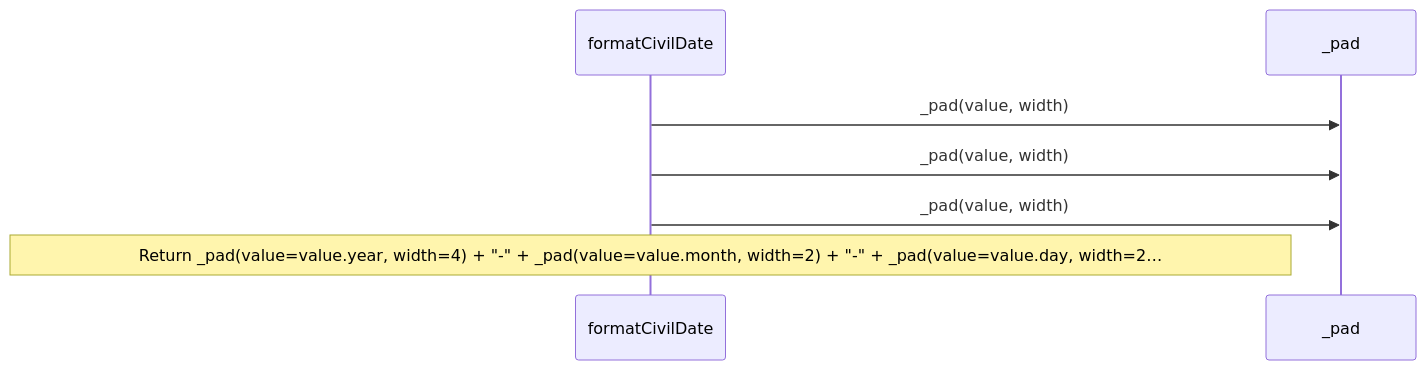
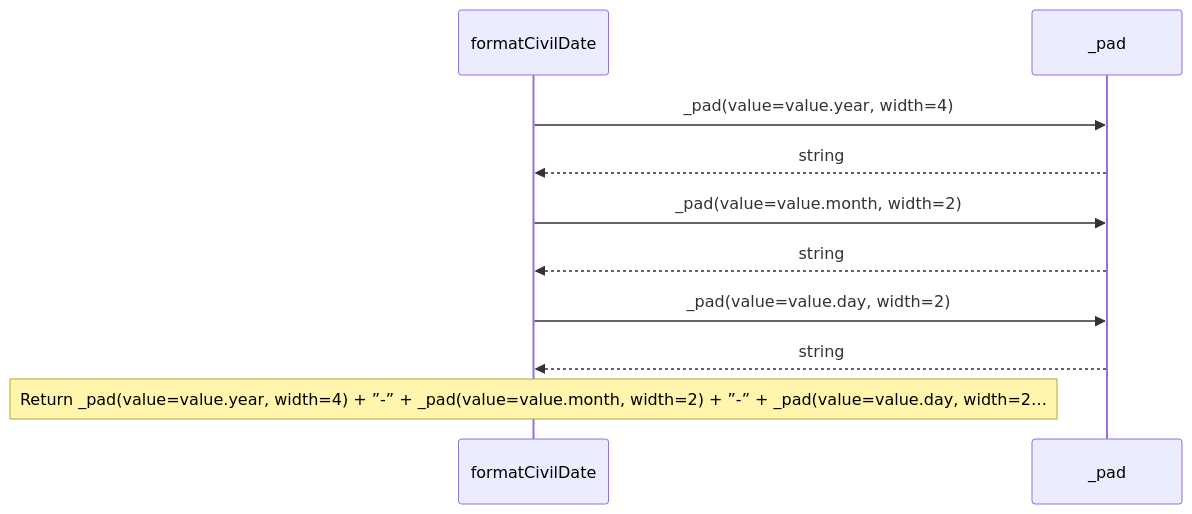
The seventh of 9 diagrams in src/stdlib/values/dates.aug.diagrams.md (GreenPandaStudios/augscript), drawn with Mermaid before and after one commit. The commit also changed other lines of this file and 524 other files, not shown here.

Commit message:
Explain checked data flow at folder and service levels

````diff
--- a/src/stdlib/values/dates.aug.diagrams.md
+++ b/src/stdlib/values/dates.aug.diagrams.md
@@ -164,9 +181,12 @@
 ```mermaid
 sequenceDiagram
     participant p0 as formatCivilDate
     participant p1 as _pad
-    p0->>p1: _pad(value, width)
-    p0->>p1: _pad(value, width)
-    p0->>p1: _pad(value, width)
-    Note over p0: Return _pad(value=value.year, width=4) + #34;-#34; + _pad(value=value.month, width=2) + #34;-#34; + _pad(value=value.day, width=2…
+    p0->>p1: _pad(value=value.year, width=4)
+    p1-->>p0: string
+    p0->>p1: _pad(value=value.month, width=2)
+    p1-->>p0: string
+    p0->>p1: _pad(value=value.day, width=2)
+    p1-->>p0: string
+    Note over p0: Return _pad(value=value.year, width=4) + ”-” + _pad(value=value.month, width=2) + ”-” + _pad(value=value.day, width=2…
 ```
````
